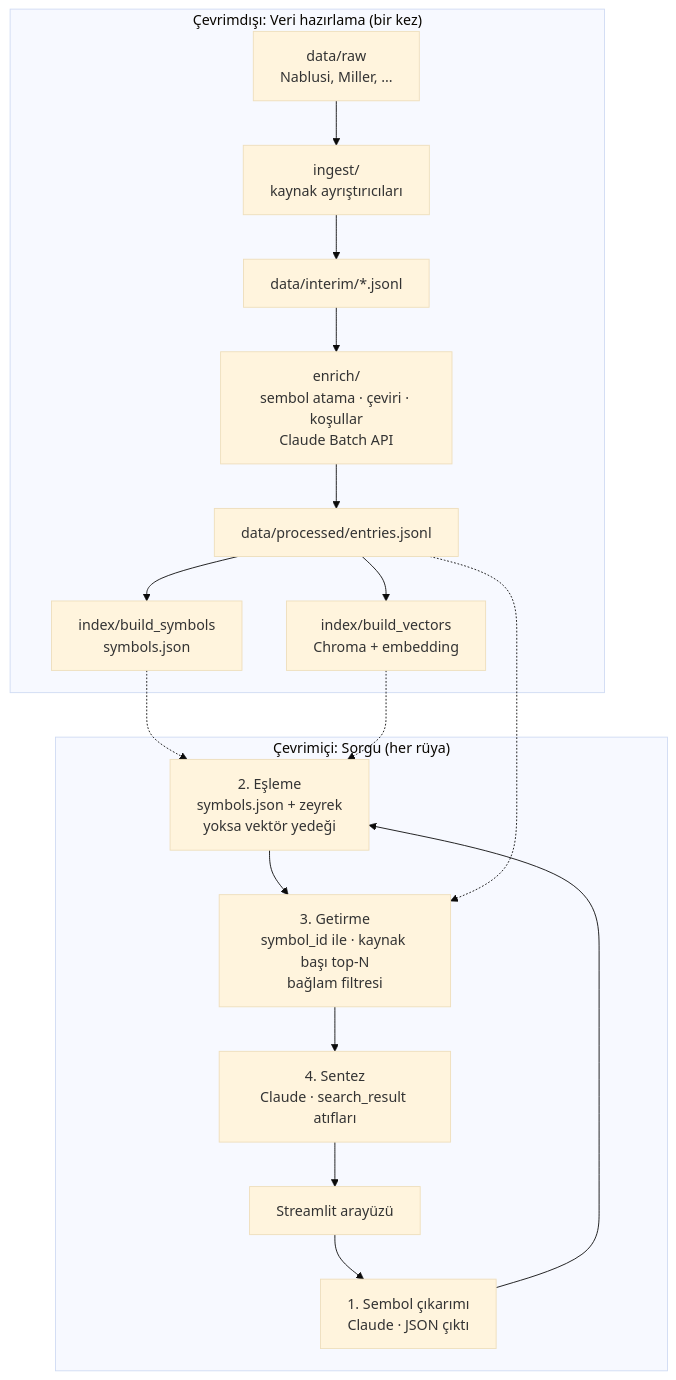
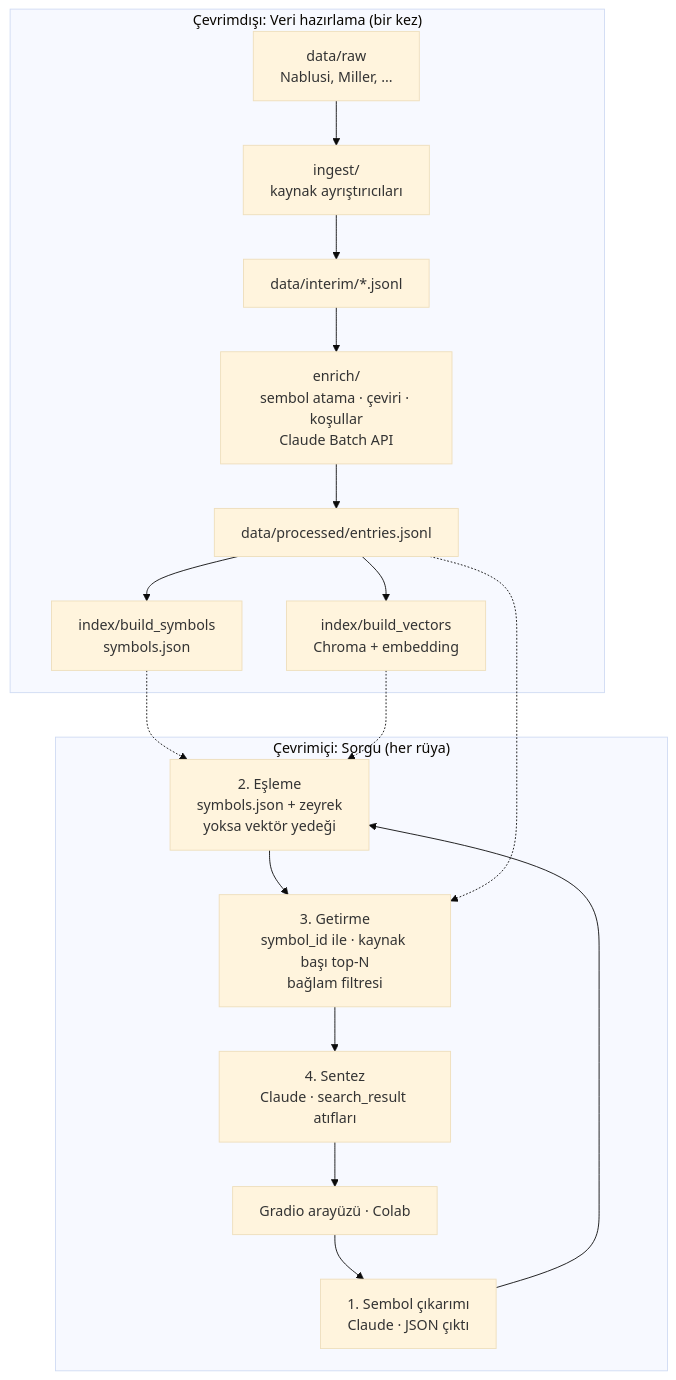
Before and after one commit to OgzhnTarhn/ruya-tabirnamesi: the diagram in docs/03-mimari.md, drawn with Mermaid (base theme). The commit also changed other lines of this file and 3 other files, not shown here.

````diff
--- a/docs/03-mimari.md
+++ b/docs/03-mimari.md
@@ -17,23 +18,23 @@
 ```mermaid
 flowchart TB
     subgraph CEVRIMDISI["Çevrimdışı: Veri hazırlama (bir kez)"]
         RAW[data/raw<br/>Nablusi, Miller, ...] --> ING[ingest/<br/>kaynak ayrıştırıcıları]
         ING --> INT[data/interim/*.jsonl]
         INT --> ENR[enrich/<br/>sembol atama · çeviri · koşullar<br/>Claude Batch API]
         ENR --> ENT[data/processed/entries.jsonl]
         ENT --> SYM[index/build_symbols<br/>symbols.json]
         ENT --> VEC[index/build_vectors<br/>Chroma + embedding]
     end
 
     subgraph CEVRIMICI["Çevrimiçi: Sorgu (her rüya)"]
-        UI[Streamlit arayüzü] --> P1[1. Sembol çıkarımı<br/>Claude · JSON çıktı]
+        UI[Gradio arayüzü · Colab] --> P1[1. Sembol çıkarımı<br/>Claude · JSON çıktı]
         P1 --> P2[2. Eşleme<br/>symbols.json + zeyrek<br/>yoksa vektör yedeği]
         P2 --> P3[3. Getirme<br/>symbol_id ile · kaynak başı top-N<br/>bağlam filtresi]
         P3 --> P4[4. Sentez<br/>Claude · search_result atıfları]
         P4 --> UI
     end
 
     SYM -.-> P2
     VEC -.-> P2
     ENT -.-> P3
 ```
````
